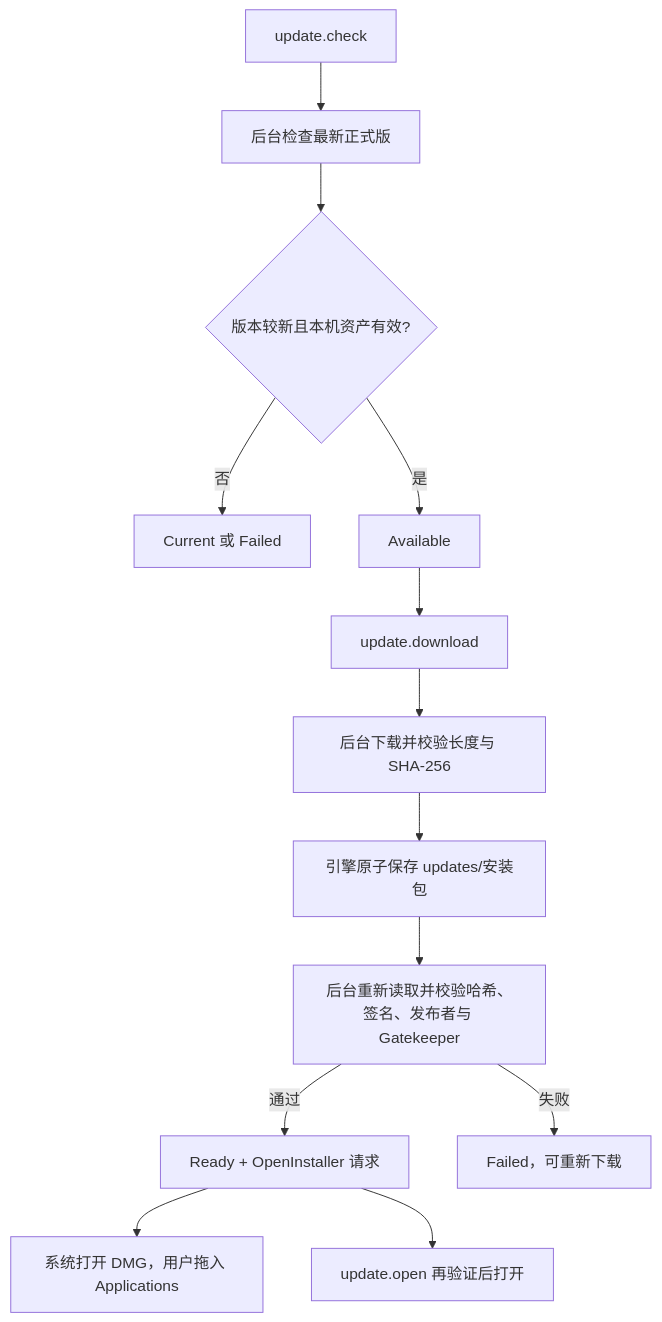
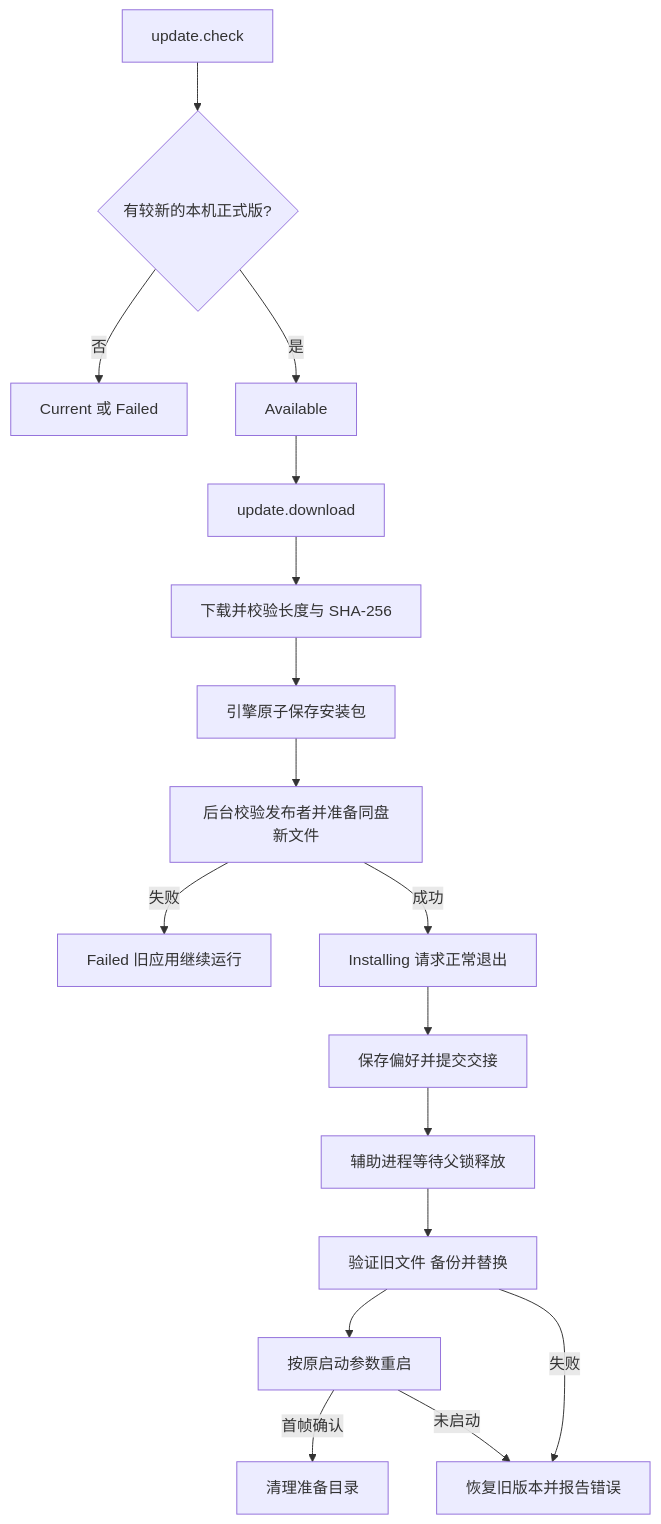
Before and after one commit to OpenFabrica/mailfabrica: the diagram in docs/updates.md, drawn with Mermaid. The commit also changed other lines of this file and 39 other files, not shown here.

````diff
--- a/docs/updates.md
+++ b/docs/updates.md
@@ -20,15 +23,19 @@
 ```mermaid
 flowchart TD
-    A[update.check] --> B[后台检查最新正式版]
-    B --> C{版本较新且本机资产有效?}
-    C -->|否| D[Current 或 Failed]
-    C -->|是| E[Available]
-    E --> F[update.download]
-    F --> G[后台下载并校验长度与 SHA-256]
-    G --> H[引擎原子保存 updates/安装包]
-    H --> I[后台重新读取并校验哈希、签名、发布者与 Gatekeeper]
-    I -->|通过| J[Ready + OpenInstaller 请求]
-    I -->|失败| K[Failed，可重新下载]
-    J --> L[系统打开 DMG，用户拖入 Applications]
-    J --> M[update.open 再验证后打开]
+    A[update.check] --> B{有较新的本机正式版?}
+    B -->|否| C[Current 或 Failed]
+    B -->|是| D[Available]
+    D --> E[update.download]
+    E --> F[下载并校验长度与 SHA-256]
+    F --> G[引擎原子保存安装包]
+    G --> H[后台校验发布者并准备同盘新文件]
+    H -->|失败| I[Failed 旧应用继续运行]
+    H -->|成功| J[Installing 请求正常退出]
+    J --> K[保存偏好并提交交接]
+    K --> L[辅助进程等待父锁释放]
+    L --> M[验证旧文件 备份并替换]
+    M --> N[按原启动参数重启]
+    N -->|首帧确认| O[清理准备目录]
+    M -->|失败| P[恢复旧版本并报告错误]
+    N -->|未启动| P
 ```
````
